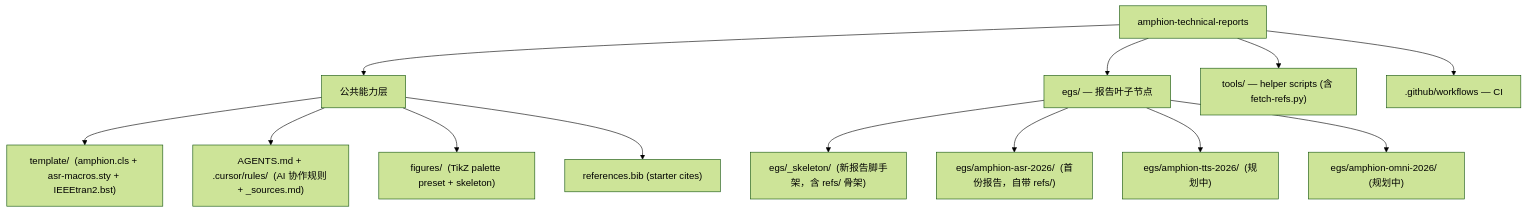
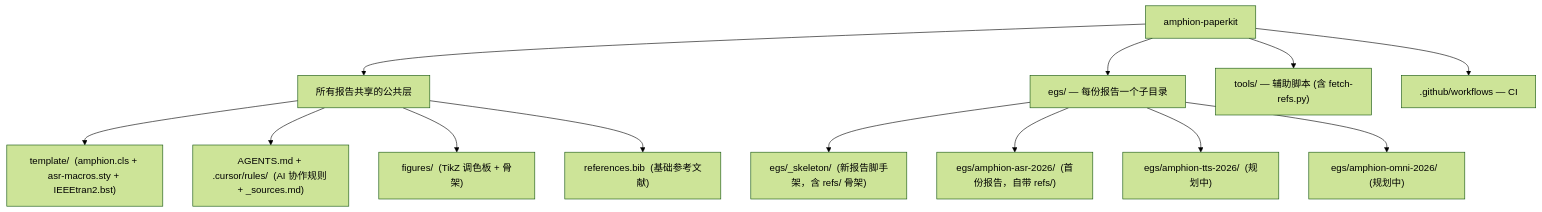
Before and after one commit to amphionspace/amphion-paperkit: the diagram in README.md, drawn with Mermaid (forest theme). The commit also changed other lines of this file and 13 other files, not shown here.

````diff
--- a/README.md
+++ b/README.md
@@ -5,18 +5,18 @@
 ```mermaid
 graph TD
-    Root[amphion-technical-reports]
-    Root --> Public["公共能力层"]
-    Root --> Egs["egs/ — 报告叶子节点"]
-    Root --> Tools["tools/ — helper scripts (含 fetch-refs.py)"]
+    Root[amphion-paperkit]
+    Root --> Public["所有报告共享的公共层"]
+    Root --> Egs["egs/ — 每份报告一个子目录"]
+    Root --> Tools["tools/ — 辅助脚本 (含 fetch-refs.py)"]
     Root --> CI[".github/workflows — CI"]
 
     Public --> Template["template/  (amphion.cls + asr-macros.sty + IEEEtran2.bst)"]
     Public --> Agents["AGENTS.md + .cursor/rules/  (AI 协作规则 + _sources.md)"]
-    Public --> Figures["figures/  (TikZ palette preset + skeleton)"]
-    Public --> StarterBib["references.bib  (starter cites)"]
+    Public --> Figures["figures/  (TikZ 调色板 + 骨架)"]
+    Public --> StarterBib["references.bib  (基础参考文献)"]
 
     Egs --> Skeleton["egs/_skeleton/  (新报告脚手架，含 refs/ 骨架)"]
     Egs --> AsrReport["egs/amphion-asr-2026/  (首份报告，自带 refs/)"]
     Egs --> FutureA["egs/amphion-tts-2026/  (规划中)"]
     Egs --> FutureB["egs/amphion-omni-2026/  (规划中)"]
 ```
````
